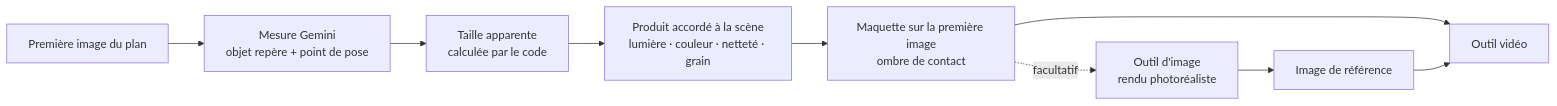
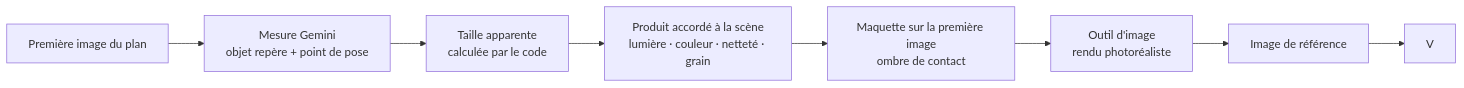
Before and after one commit to MohamedYassineTurki/SceneLine: the first of 2 diagrams in docs/etapes/3-generation.md, drawn with Mermaid. The commit also changed other lines of this file and 3 other files, not shown here.

First line of the commit message:
Étape 3 en trois temps : kit, image de référence obligatoire, vidéo

````diff
--- a/docs/etapes/3-generation.md
+++ b/docs/etapes/3-generation.md
@@ -13,11 +13,10 @@
 ```mermaid
 flowchart LR
     F[Première image du plan] --> M[Mesure Gemini<br/>objet repère + point de pose]
     M --> C[Taille apparente<br/>calculée par le code]
     C --> A[Produit accordé à la scène<br/>lumière · couleur · netteté · grain]
     A --> Q[Maquette sur la première image<br/>ombre de contact]
-    Q -.->|facultatif| I[Outil d'image<br/>rendu photoréaliste]
+    Q --> I[Outil d'image<br/>rendu photoréaliste]
     I --> R[Image de référence]
-    Q --> V[Outil vidéo]
     R --> V
 ```
````
